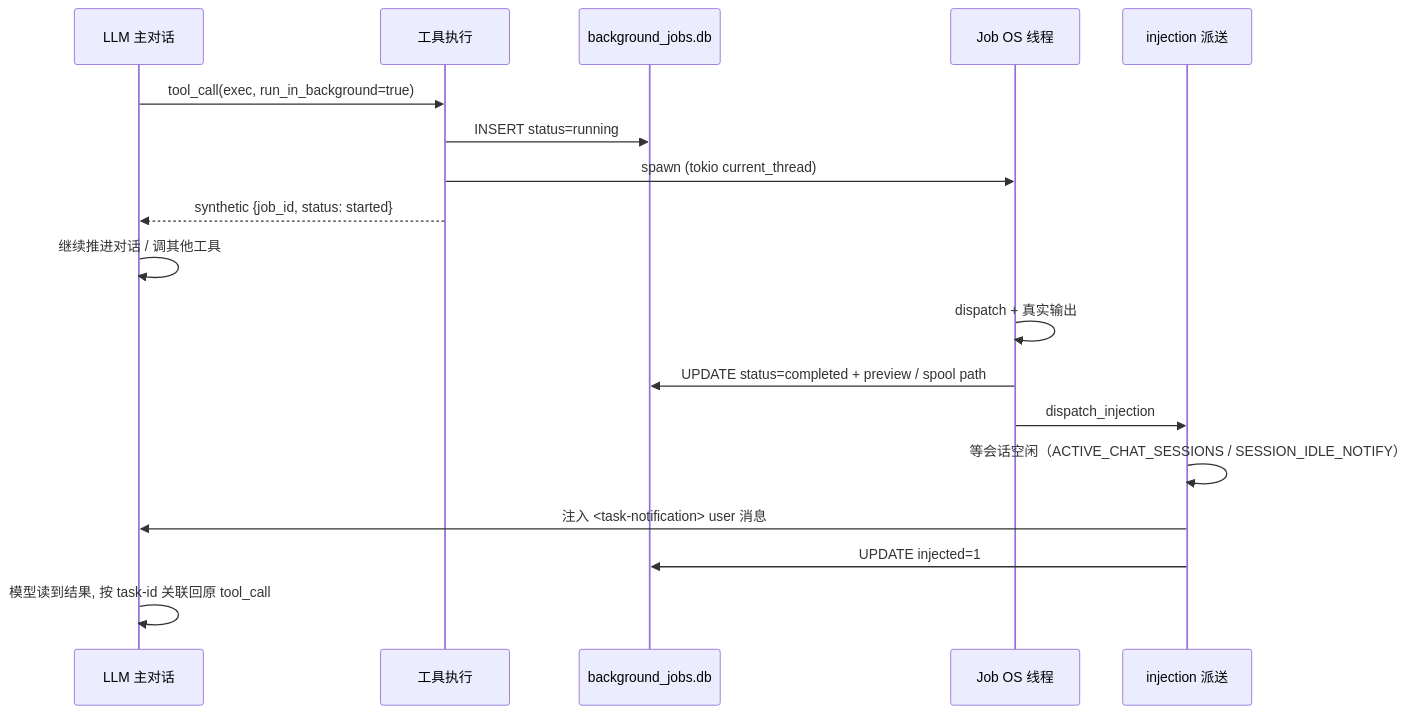
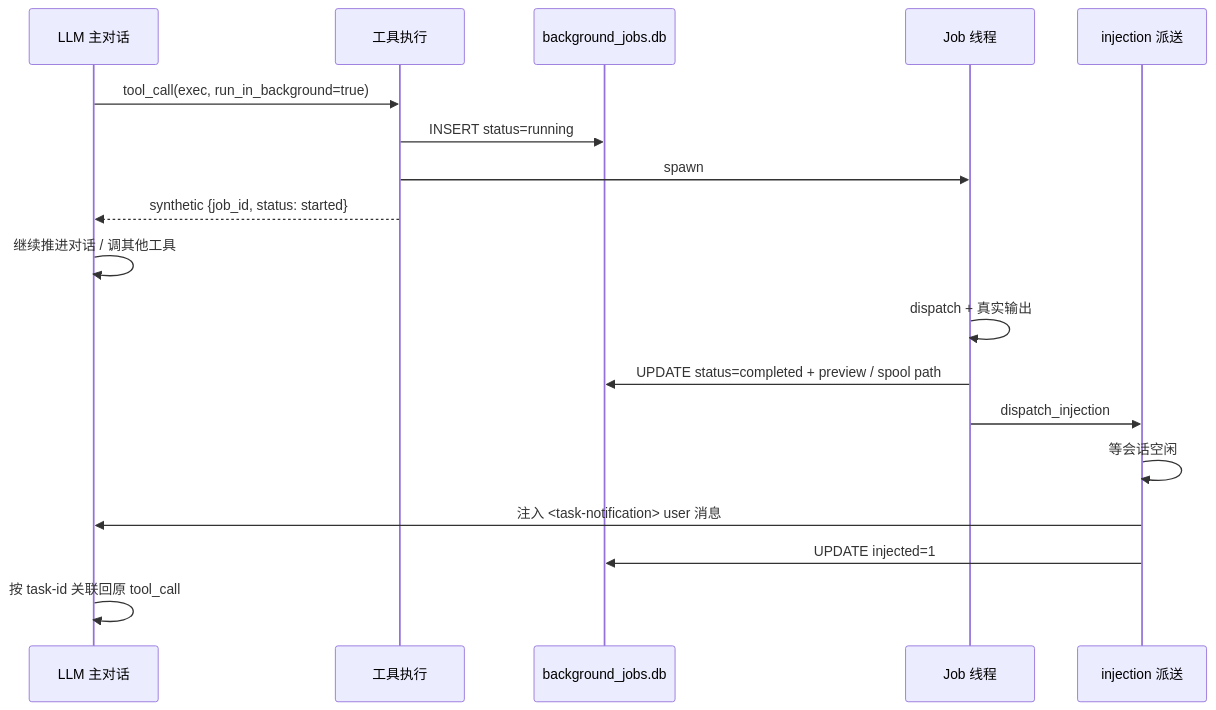
The seventh of 10 diagrams in docs/architecture/tool-system.md (shiwenwen/hope-agent), drawn with Mermaid before and after one commit. The commit also changed other lines of this file and 1 other file, not shown here.

First line of the commit message:
🦭docs: 巨无霸 tool-system / im-channel 按新标准重做

````diff
--- a/docs/architecture/tool-system.md
+++ b/docs/architecture/tool-system.md
@@ -713,21 +580,21 @@
 ```mermaid
 sequenceDiagram
     participant LLM as LLM 主对话
     participant Tool as 工具执行
     participant DB as background_jobs.db
-    participant Job as Job OS 线程
+    participant Job as Job 线程
     participant Inj as injection 派送
 
     LLM->>Tool: tool_call(exec, run_in_background=true)
     Tool->>DB: INSERT status=running
-    Tool->>Job: spawn (tokio current_thread)
+    Tool->>Job: spawn
     Tool-->>LLM: synthetic {job_id, status: started}
     LLM->>LLM: 继续推进对话 / 调其他工具
     Job->>Job: dispatch + 真实输出
     Job->>DB: UPDATE status=completed + preview / spool path
     Job->>Inj: dispatch_injection
-    Inj->>Inj: 等会话空闲（ACTIVE_CHAT_SESSIONS / SESSION_IDLE_NOTIFY）
+    Inj->>Inj: 等会话空闲
     Inj->>LLM: 注入 <task-notification> user 消息
     Inj->>DB: UPDATE injected=1
-    LLM->>LLM: 模型读到结果, 按 task-id 关联回原 tool_call
+    LLM->>LLM: 按 task-id 关联回原 tool_call
 ```
````
